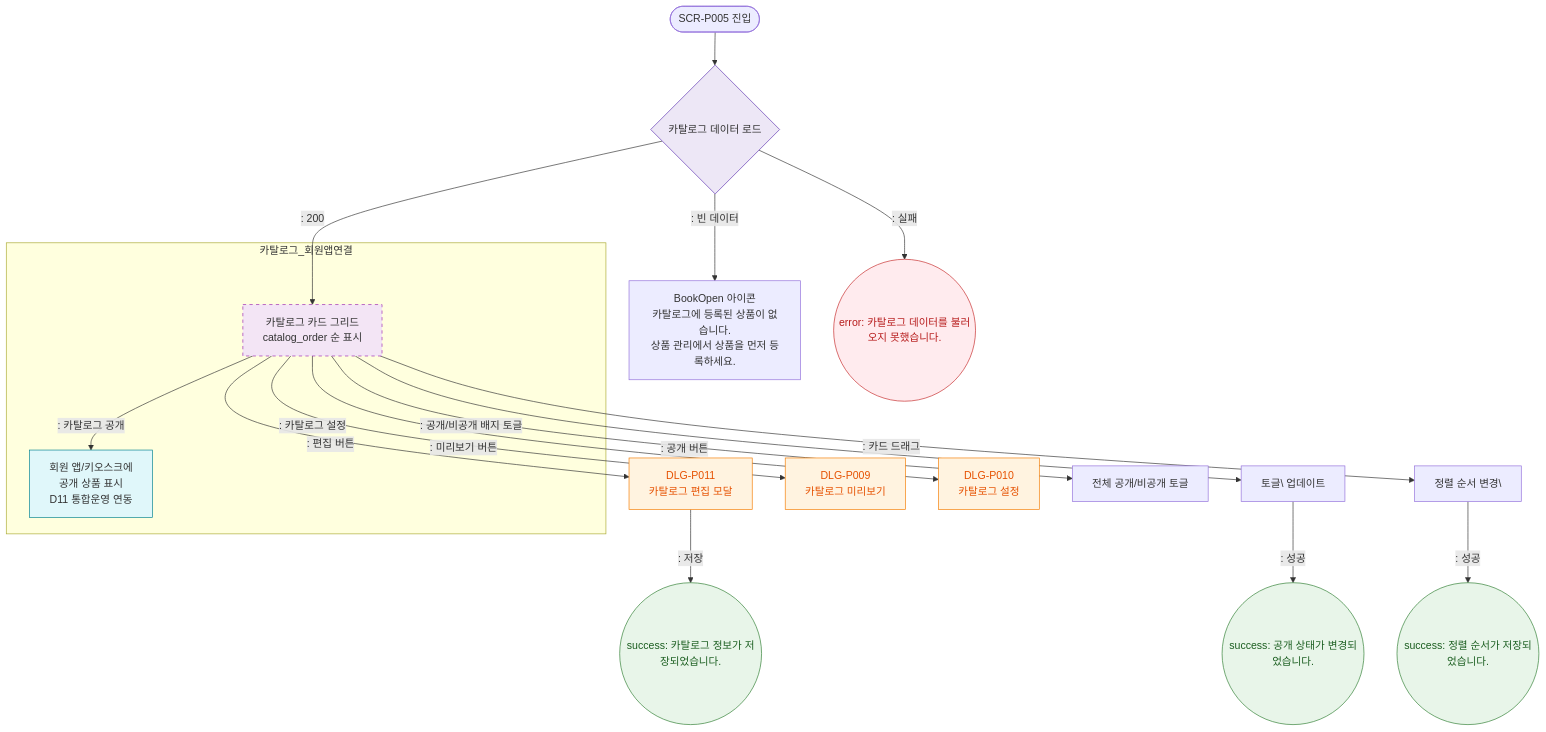
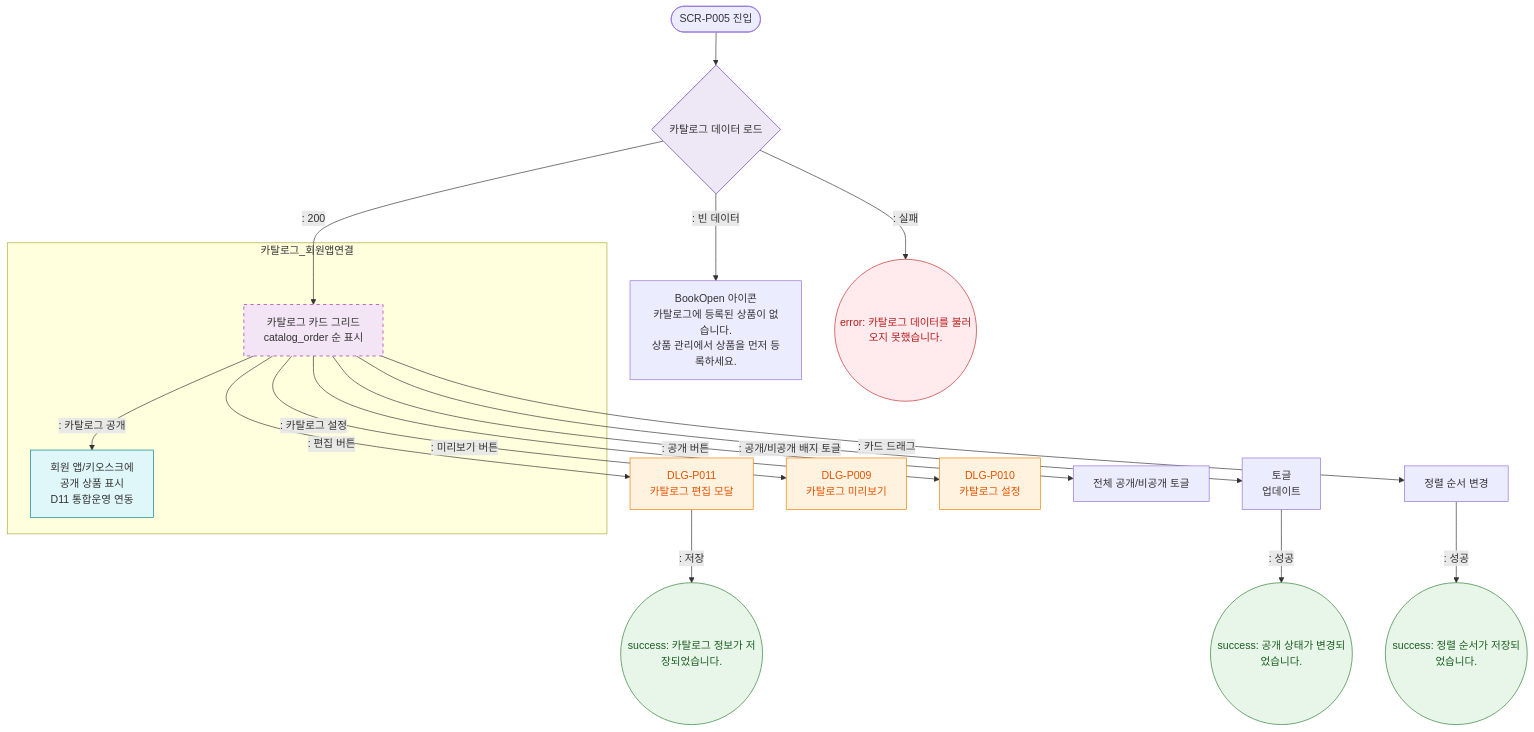
One commit to dev-spogym/admin-pando changed the diagram in docs/admin/다이어그램/D05_상품관리/SCR-P005_상품카탈로그/F2_메인인터랙션.md. Above: the diagram before and after it, drawn with Mermaid. The commit also changed 369 other files, not shown here.

````diff
--- a/docs/admin/다이어그램/D05_상품관리/SCR-P005_상품카탈로그/F2_메인인터랙션.md
+++ b/docs/admin/다이어그램/D05_상품관리/SCR-P005_상품카탈로그/F2_메인인터랙션.md
@@ -14,35 +14,35 @@
 ```mermaid
 flowchart TD
     START([SCR-P005 진입]) --> Load{카탈로그 데이터 로드}
     Load -->|": 200"|CardGrid[카탈로그 카드 그리드\ncatalog_order 순 표시]
     Load -->|": 빈 데이터"|EmptyState[BookOpen 아이콘\n카탈로그에 등록된 상품이 없습니다.\n상품 관리에서 상품을 먼저 등록하세요.]
     Load -->|": 실패"|ErrLoad((error: 카탈로그 데이터를 불러오지 못했습니다.))
 
     CardGrid -->|": 편집 버튼"|DLG_P011[DLG-P011\n카탈로그 편집 모달]
-    CardGrid -->|": 공개/비공개 배지 토글"|ToggleVisibility[토글\ 업데이트]
-    CardGrid -->|": 카드 드래그"|ReOrder[정렬 순서 변경\]
+    CardGrid -->|": 공개/비공개 배지 토글"|ToggleVisibility[토글<br/> 업데이트]
+    CardGrid -->|": 카드 드래그"|ReOrder[정렬 순서 변경]
     CardGrid -->|": 미리보기 버튼"|DLG_P009[DLG-P009\n카탈로그 미리보기]
     CardGrid -->|": 카탈로그 설정"|DLG_P010[DLG-P010\n카탈로그 설정]
     CardGrid -->|": 공개 버튼"|PublishToggle[전체 공개/비공개 토글]
 
     ToggleVisibility -->|": 성공"|ToastVis((success: 공개 상태가 변경되었습니다.))
     ReOrder -->|": 성공"|ToastOrder((success: 정렬 순서가 저장되었습니다.))
     DLG_P011 -->|": 저장"|ToastEdit((success: 카탈로그 정보가 저장되었습니다.))
 
     subgraph 카탈로그_회원앱연결
         CardGrid -->|": 카탈로그 공개"|AppSync[회원 앱/키오스크에\n공개 상품 표시\nD11 통합운영 연동]
     end
 
     classDef screen fill:#F3E5F5,stroke:#9C27B0,stroke-dasharray:5 5
     classDef modal fill:#FFF3E0,stroke:#F57C00,color:#E65100
     classDef success fill:#E8F5E9,stroke:#2E7D32,color:#1B5E20
     classDef error fill:#FFEBEE,stroke:#C62828,color:#B71C1C
     classDef info fill:#E0F7FA,stroke:#00838F
     classDef system fill:#EDE7F6,stroke:#5E35B2
     class CardGrid screen
     class DLG_P009,DLG_P010,DLG_P011 modal
     class ToastVis,ToastOrder,ToastEdit success
     class ErrLoad error
     class AppSync info
     class Load system
 ```
````
